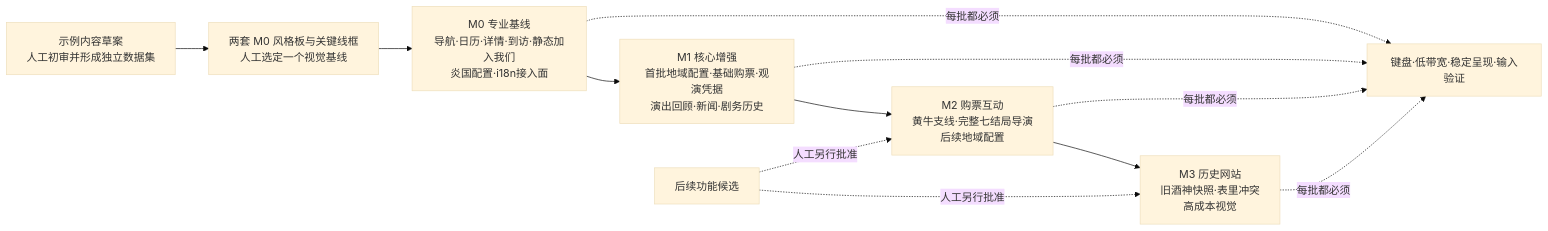
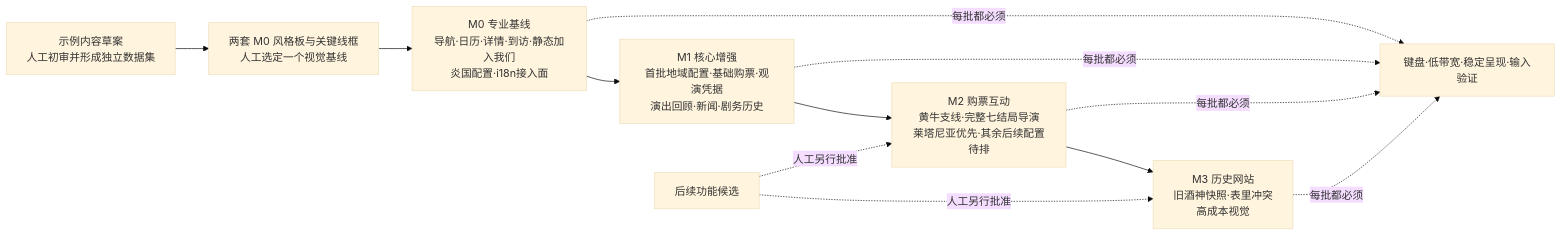
The diagram in docs/blueprint/03_journeys/maps/11_开发顺序.mmd (Selloryebir/crimson_troupe), drawn with Mermaid (base theme) before and after one commit. The commit also changed 12 other files, not shown here.

```diff
--- a/docs/blueprint/03_journeys/maps/11_开发顺序.mmd
+++ b/docs/blueprint/03_journeys/maps/11_开发顺序.mmd
@@ -1,15 +1,15 @@
 flowchart LR
   Content[示例内容草案<br/>人工初审并形成独立数据集] --> Visual[两套 M0 风格板与关键线框<br/>人工选定一个视觉基线]
   Visual --> M0[M0 专业基线
 导航·日历·详情·到访·静态加入我们<br/>炎国配置·i18n接入面] --> M1[M1 核心增强
 首批地域配置·基础购票·观演凭据<br/>演出回顾·新闻·剧务历史]
   M1 --> M2[M2 购票互动
-黄牛支线·完整七结局导演<br/>后续地域配置]
+黄牛支线·完整七结局导演<br/>莱塔尼亚优先·其余后续配置待排]
   M2 --> M3[M3 历史网站
 旧酒神快照·表里冲突<br/>高成本视觉]
   M0 -.每批都必须.-> Gate[键盘·低带宽·稳定呈现·输入验证]
   M1 -.每批都必须.-> Gate
   M2 -.每批都必须.-> Gate
   M3 -.每批都必须.-> Gate
   Candidate[后续功能候选] -.人工另行批准.-> M2
   Candidate -.人工另行批准.-> M3
```
